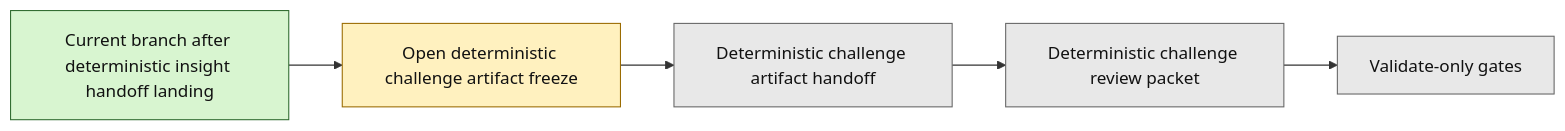
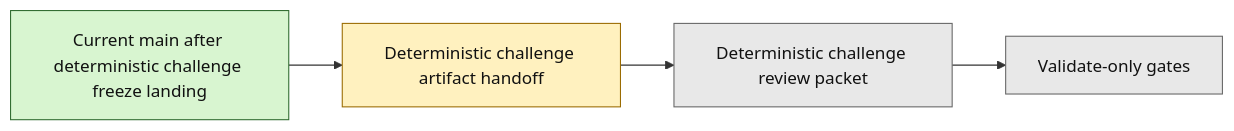
The second of 2 diagrams in next_milestone_plans/layer3_progress_board.md (benjmcd/project6_REPO_MCP_FOLDER), drawn with Mermaid before and after one commit. The commit also changed other lines of this file and 9 other files, not shown here.

Commit message:
docs(layer3): align post-pr128 deterministic freeze landing

````diff
--- a/next_milestone_plans/layer3_progress_board.md
+++ b/next_milestone_plans/layer3_progress_board.md
@@ -152,15 +154,14 @@
 ```mermaid
 flowchart LR
-    A["Current branch after deterministic insight handoff landing"] --> B["Open deterministic challenge artifact freeze"]
-    B --> C["Deterministic challenge artifact handoff"]
-    C --> D["Deterministic challenge review packet"]
-    D --> E["Validate-only gates"]
+    A["Current main after deterministic challenge freeze landing"] --> B["Deterministic challenge artifact handoff"]
+    B --> C["Deterministic challenge review packet"]
+    C --> D["Validate-only gates"]
 
     classDef done fill:#d8f5d0,stroke:#2f6b2f,color:#111;
     classDef planned fill:#fff1bf,stroke:#9a6b00,color:#111;
     classDef future fill:#e8e8e8,stroke:#666,color:#111;
 
     class A done;
     class B planned;
-    class C,D,E future;
+    class C,D future;
 ```
````
